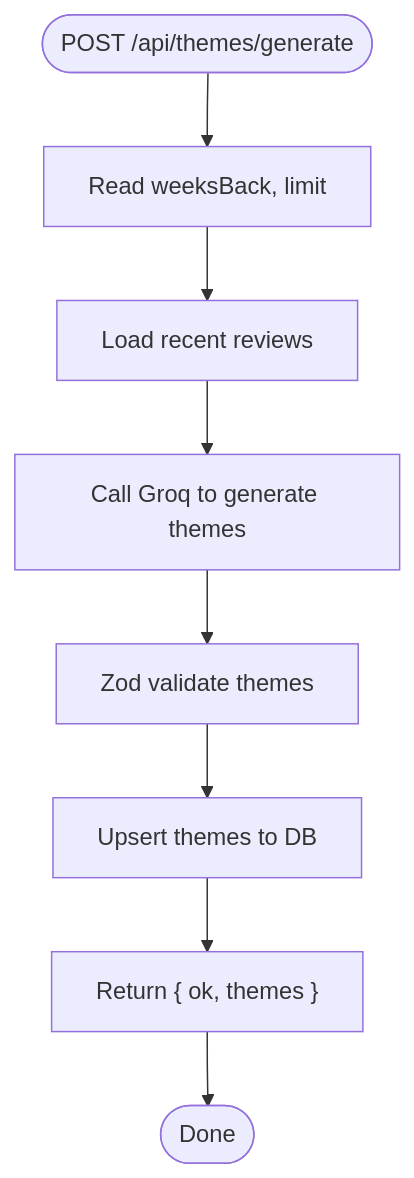
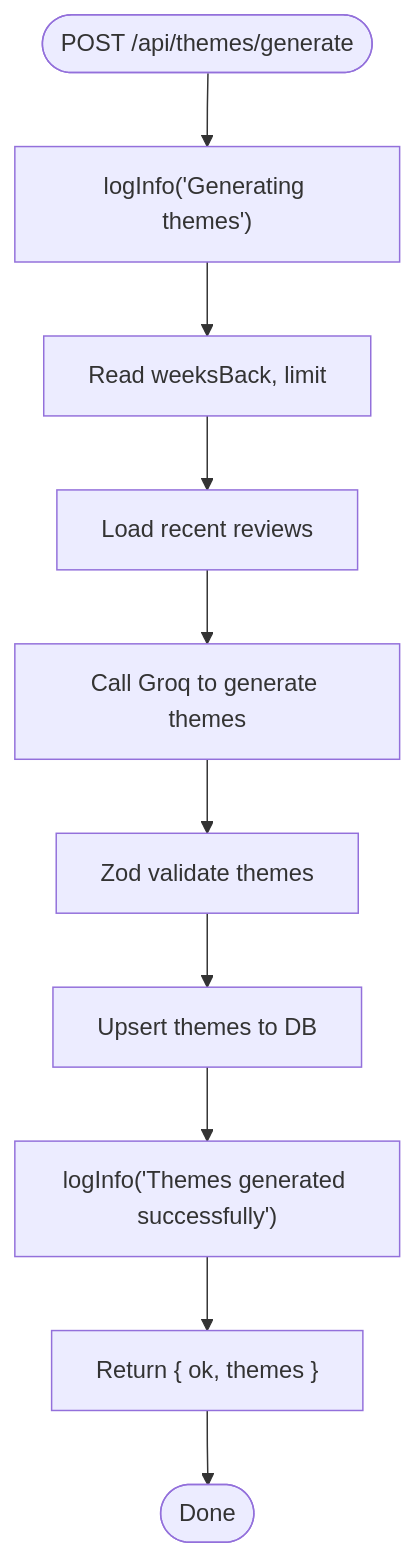
Before and after one commit to aravinthraj-ramalingam/Groww-App-Review-Insights-Analyzer-: the fifth of 11 diagrams in .qoder/repowiki/en/content/API Reference/Phase 2 API Endpoints.md, drawn with Mermaid. The commit also changed other lines of this file and 10 other files, not shown here.

````diff
--- a/.qoder/repowiki/en/content/API Reference/Phase 2 API Endpoints.md
+++ b/.qoder/repowiki/en/content/API Reference/Phase 2 API Endpoints.md
@@ -325,10 +378,12 @@
 ```mermaid
 flowchart TD
-Start(["POST /api/themes/generate"]) --> ReadParams["Read weeksBack, limit"]
+Start(["POST /api/themes/generate"]) --> LogInfo["logInfo('Generating themes')"]
+LogInfo --> ReadParams["Read weeksBack, limit"]
 ReadParams --> LoadReviews["Load recent reviews"]
 LoadReviews --> CallLLM["Call Groq to generate themes"]
 CallLLM --> Validate["Zod validate themes"]
 Validate --> Upsert["Upsert themes to DB"]
-Upsert --> ReturnOK["Return { ok, themes }"]
+Upsert --> LogSuccess["logInfo('Themes generated successfully')"]
+LogSuccess --> ReturnOK["Return { ok, themes }"]
 ReturnOK --> End(["Done"])
 ```
````
